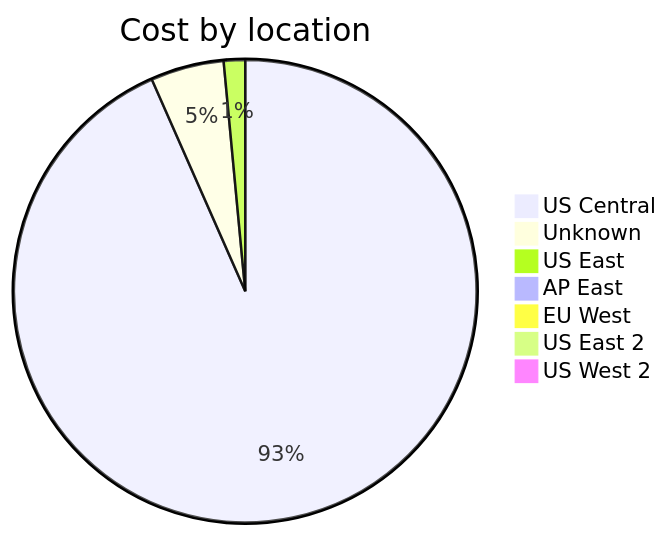
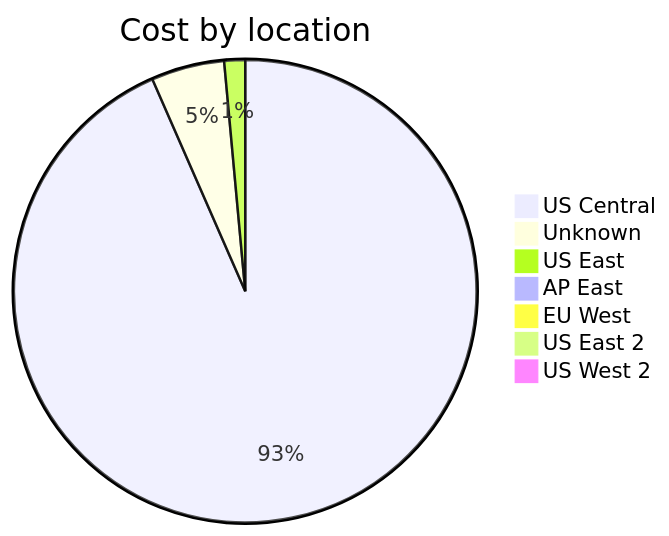
The third of 4 diagrams in cost-reports/accumulated-cost.md (jpfulton/azure-personal-reports), drawn with Mermaid before and after one commit. The commit also changed other lines of this file and 4 other files, not shown here.

````diff
--- a/cost-reports/accumulated-cost.md
+++ b/cost-reports/accumulated-cost.md
@@ -123,11 +123,11 @@
 ```mermaid
 pie
    title Cost by location
-   "US Central" : 4.38
-   "Unknown" : 0.24
-   "US East" : 0.07
+   "US Central" : 5.12
+   "Unknown" : 0.28
+   "US East" : 0.08
    "AP East" : 0.00
    "EU West" : 0.00
    "US East 2" : 0.00
    "US West 2" : 0.00
 ```
````
